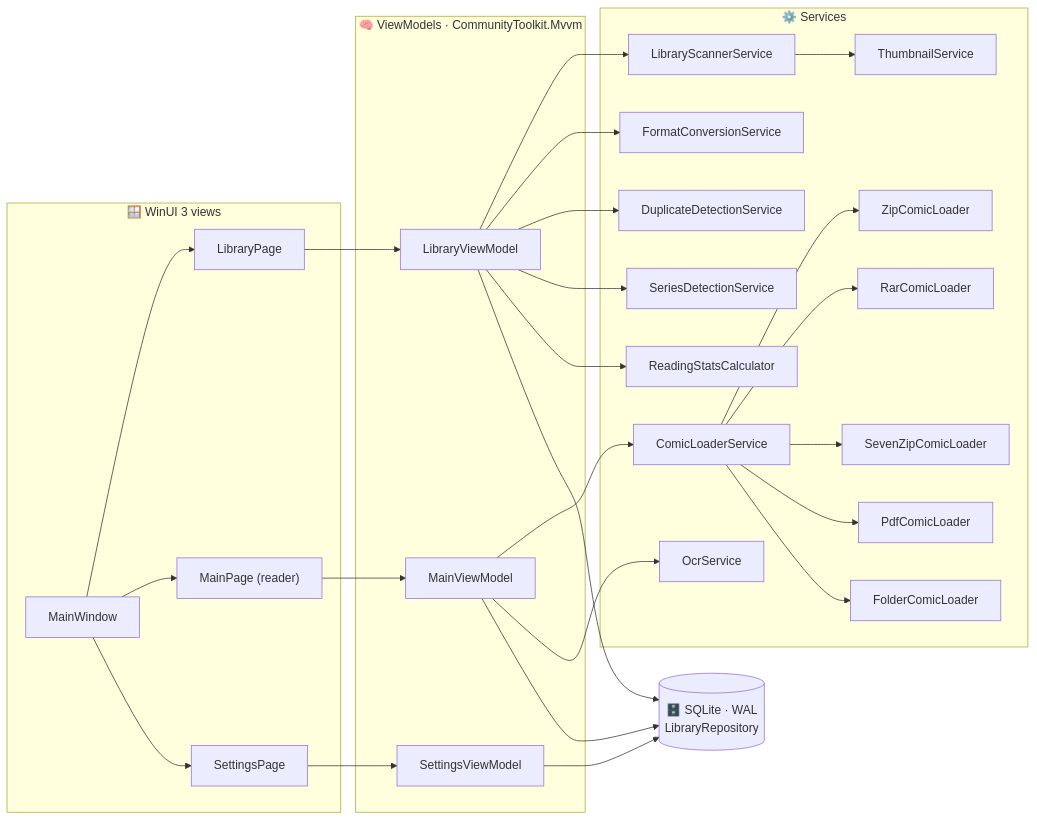
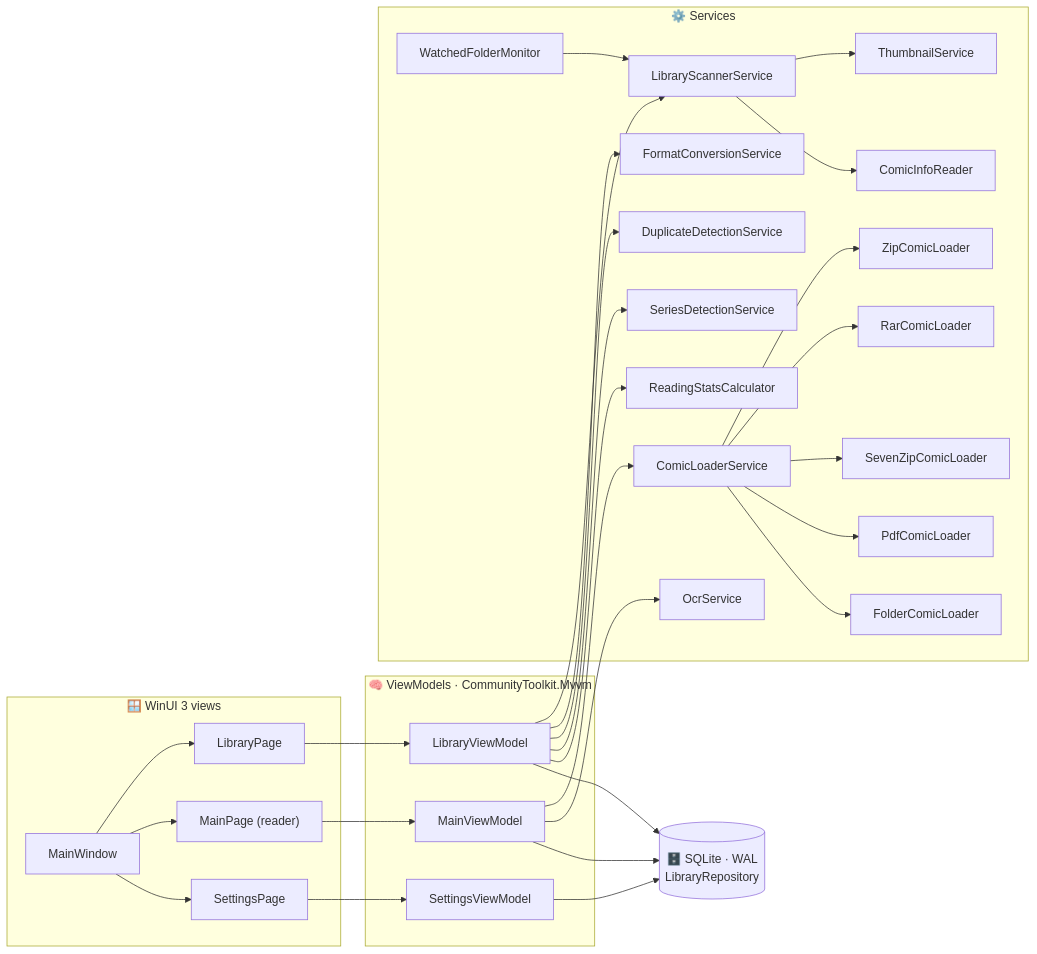
One commit to mohitbansal25082006/KomiK changed the second of 3 diagrams in README.md. Above: the diagram before and after it, drawn with Mermaid. The commit also changed other lines of this file and 41 other files, not shown here.

````diff
--- a/README.md
+++ b/README.md
@@ -354,46 +522,50 @@
 ```mermaid
 flowchart LR
     subgraph UI["🪟 WinUI 3 views"]
         MW["MainWindow"] --> LP["LibraryPage"]
         MW --> RP["MainPage (reader)"]
         MW --> SP["SettingsPage"]
     end
 
     subgraph VM["🧠 ViewModels · CommunityToolkit.Mvvm"]
         LVM["LibraryViewModel"]
         MVM["MainViewModel"]
         SVM["SettingsViewModel"]
     end
 
     subgraph SVC["⚙️ Services"]
         CLS["ComicLoaderService"] --> ZIP["ZipComicLoader"]
         CLS --> RAR["RarComicLoader"]
         CLS --> SZ["SevenZipComicLoader"]
         CLS --> PDF["PdfComicLoader"]
         CLS --> DIR["FolderComicLoader"]
         SCAN["LibraryScannerService"]
+        CIR["ComicInfoReader"]
+        WFM["WatchedFolderMonitor"]
         THUMB["ThumbnailService"]
         CONV["FormatConversionService"]
         DUP["DuplicateDetectionService"]
         SER["SeriesDetectionService"]
         STATS["ReadingStatsCalculator"]
         OCR["OcrService"]
     end
 
     DB[("🗄️ SQLite · WAL<br/>LibraryRepository")]
 
     LP --> LVM
     RP --> MVM
     SP --> SVM
     MVM --> CLS
     MVM --> OCR
     LVM --> SCAN
     LVM --> CONV
     LVM --> DUP
     LVM --> SER
     LVM --> STATS
     SCAN --> THUMB
+    SCAN --> CIR
+    WFM --> SCAN
     LVM --> DB
     MVM --> DB
     SVM --> DB
 ```
````
